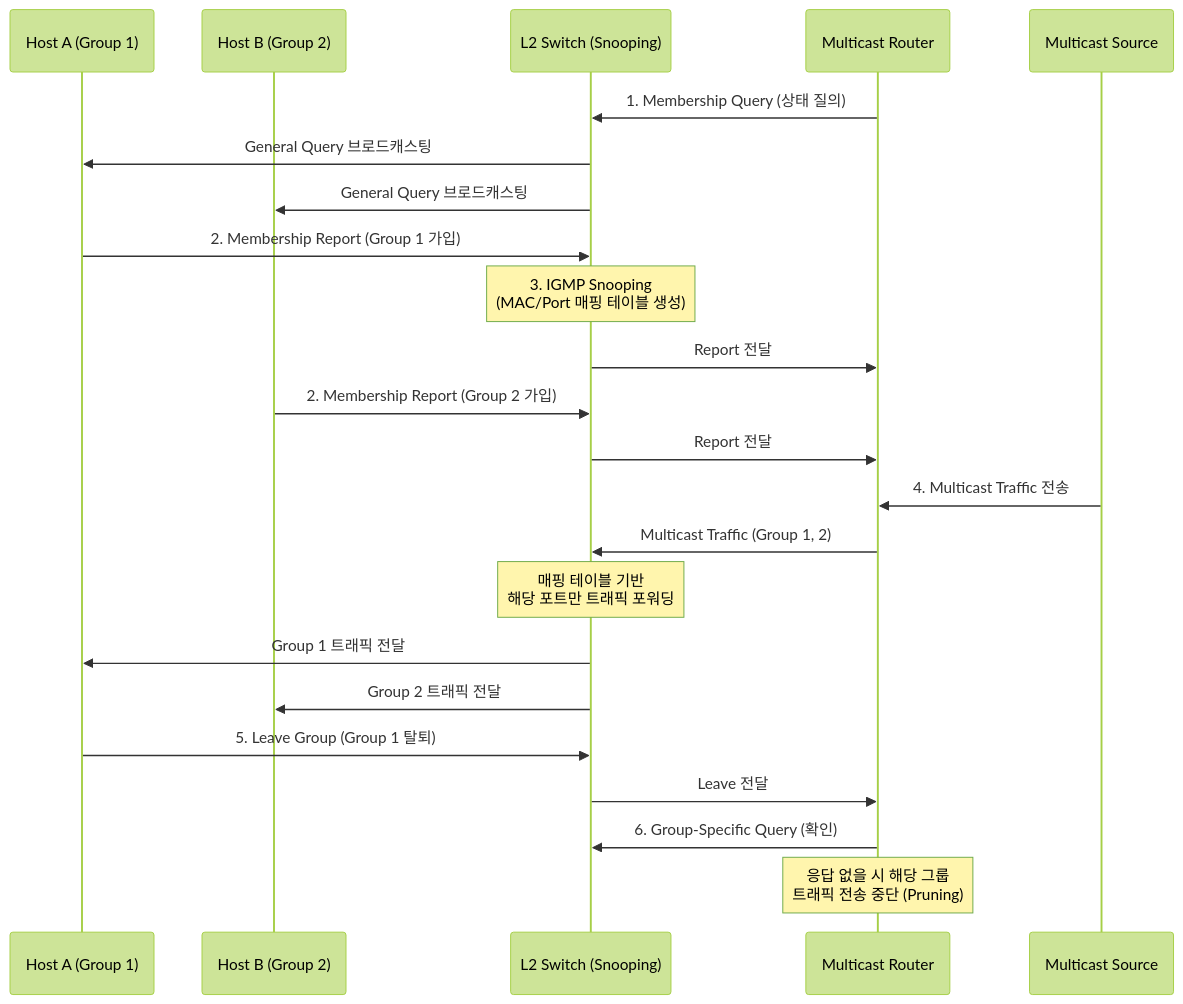
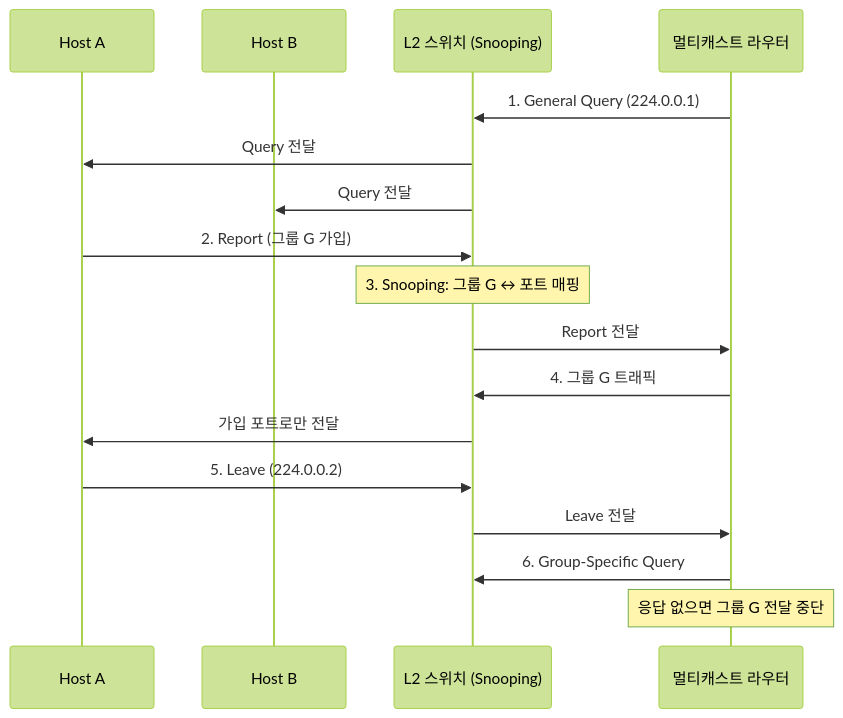
Before and after one commit to supremethumb/supremethumb.github.io: the diagram in content/01_IT Tech/IGMP.md, drawn with Mermaid (forest theme). The commit also changed other lines of this file and 1087 other files, not shown here.

````diff
--- a/content/01_IT Tech/IGMP.md
+++ b/content/01_IT Tech/IGMP.md
@@ -27,31 +35,19 @@
 ```mermaid
 sequenceDiagram
-    participant H1 as Host A (Group 1)
-    participant H2 as Host B (Group 2)
-    participant SW as L2 Switch (Snooping)
-    participant R as Multicast Router
-    participant S as Multicast Source
-
-    R->>SW: 1. Membership Query (상태 질의)
-    SW->>H1: General Query 브로드캐스팅
-    SW->>H2: General Query 브로드캐스팅
-    
-    H1->>SW: 2. Membership Report (Group 1 가입)
-    Note over SW: 3. IGMP Snooping<br/>(MAC/Port 매핑 테이블 생성)
+    participant H1 as Host A
+    participant H2 as Host B
+    participant SW as L2 스위치 (Snooping)
+    participant R as 멀티캐스트 라우터
+    R->>SW: 1. General Query (224.0.0.1)
+    SW->>H1: Query 전달
+    SW->>H2: Query 전달
+    H1->>SW: 2. Report (그룹 G 가입)
+    Note over SW: 3. Snooping: 그룹 G ↔ 포트 매핑
     SW->>R: Report 전달
-    
-    H2->>SW: 2. Membership Report (Group 2 가입)
-    SW->>R: Report 전달
-    
-    S->>R: 4. Multicast Traffic 전송
-    R->>SW: Multicast Traffic (Group 1, 2)
-    Note over SW: 매핑 테이블 기반<br/>해당 포트만 트래픽 포워딩
-    SW->>H1: Group 1 트래픽 전달
-    SW->>H2: Group 2 트래픽 전달
-    
-    H1->>SW: 5. Leave Group (Group 1 탈퇴)
+    R->>SW: 4. 그룹 G 트래픽
+    SW->>H1: 가입 포트로만 전달
+    H1->>SW: 5. Leave (224.0.0.2)
     SW->>R: Leave 전달
-    R->>SW: 6. Group-Specific Query (확인)
-    Note over R: 응답 없을 시 해당 그룹<br/>트래픽 전송 중단 (Pruning)
-
+    R->>SW: 6. Group-Specific Query
+    Note over R: 응답 없으면 그룹 G 전달 중단
 ```
````
